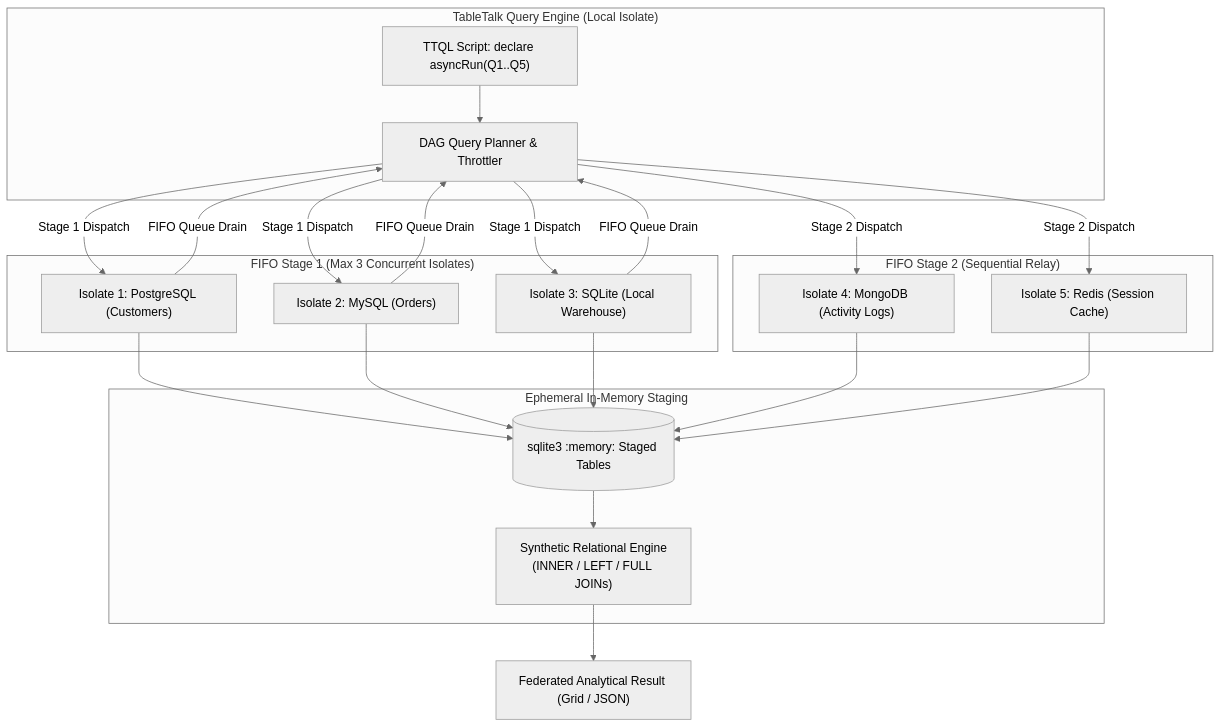
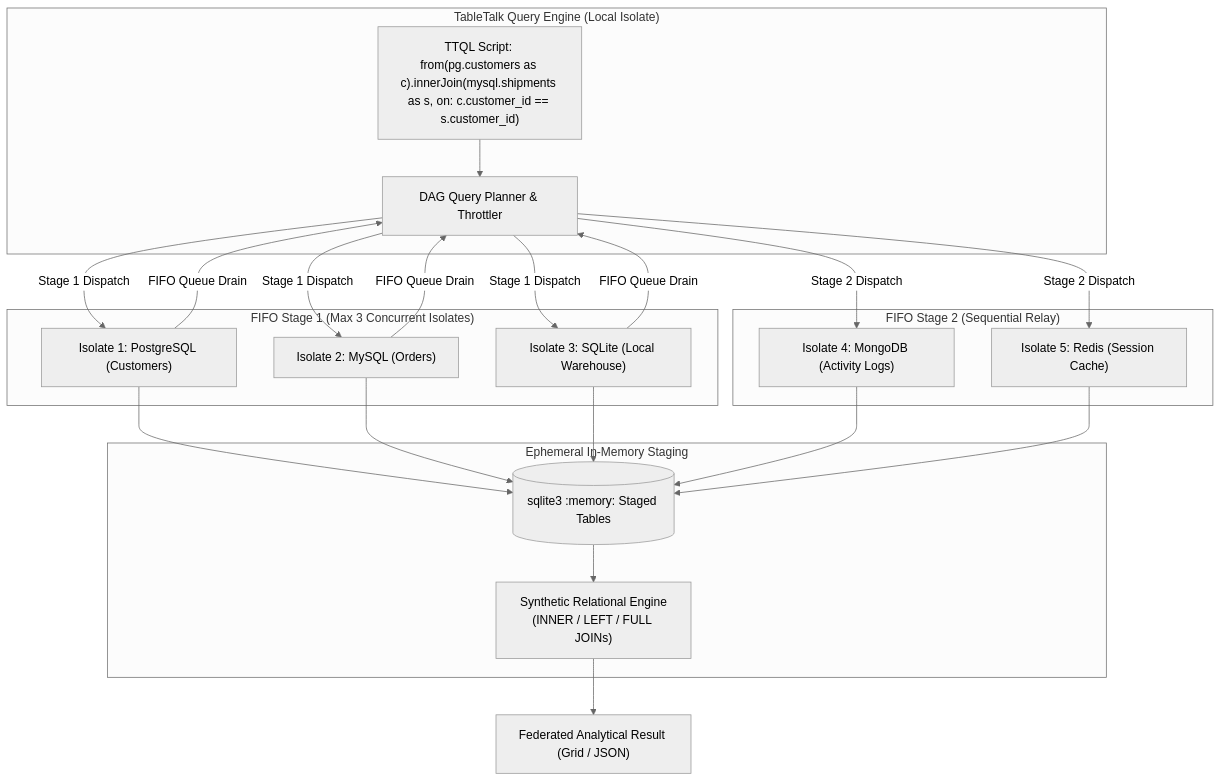
Before and after one commit to Dud3core-webdev/tabletalk-releases: the second of 2 diagrams in assets/docs/overview.md, drawn with Mermaid (neutral theme). The commit also changed other lines of this file and 5 other files, not shown here.

````diff
--- a/assets/docs/overview.md
+++ b/assets/docs/overview.md
@@ -99,32 +99,32 @@
 ```mermaid
 flowchart TD
     subgraph Client["TableTalk Query Engine (Local Isolate)"]
-        Q["TTQL Script: declare asyncRun(Q1..Q5)"]
+        Q["TTQL Script: from(pg.customers as c).innerJoin(mysql.shipments as s, on: c.customer_id == s.customer_id)"]
         DAG["DAG Query Planner & Throttler"]
         Q --> DAG
     end
 
     subgraph Batch1["FIFO Stage 1 (Max 3 Concurrent Isolates)"]
         I1["Isolate 1: PostgreSQL (Customers)"]
         I2["Isolate 2: MySQL (Orders)"]
         I3["Isolate 3: SQLite (Local Warehouse)"]
     end
 
     subgraph Batch2["FIFO Stage 2 (Sequential Relay)"]
         I4["Isolate 4: MongoDB (Activity Logs)"]
         I5["Isolate 5: Redis (Session Cache)"]
     end
 
     DAG -->|"Stage 1 Dispatch"| I1 & I2 & I3
     I1 & I2 & I3 -->|"FIFO Queue Drain"| DAG
     DAG -->|"Stage 2 Dispatch"| I4 & I5
 
     subgraph Staging["Ephemeral In-Memory Staging"]
         MEM[("sqlite3 :memory: Staged Tables")]
         SYN["Synthetic Relational Engine<br/>(INNER / LEFT / FULL JOINs)"]
         MEM --> SYN
     end
     I1 & I2 & I3 --> MEM
     I4 & I5 --> MEM
     SYN --> OUT["Federated Analytical Result (Grid / JSON)"]
 ```
````
